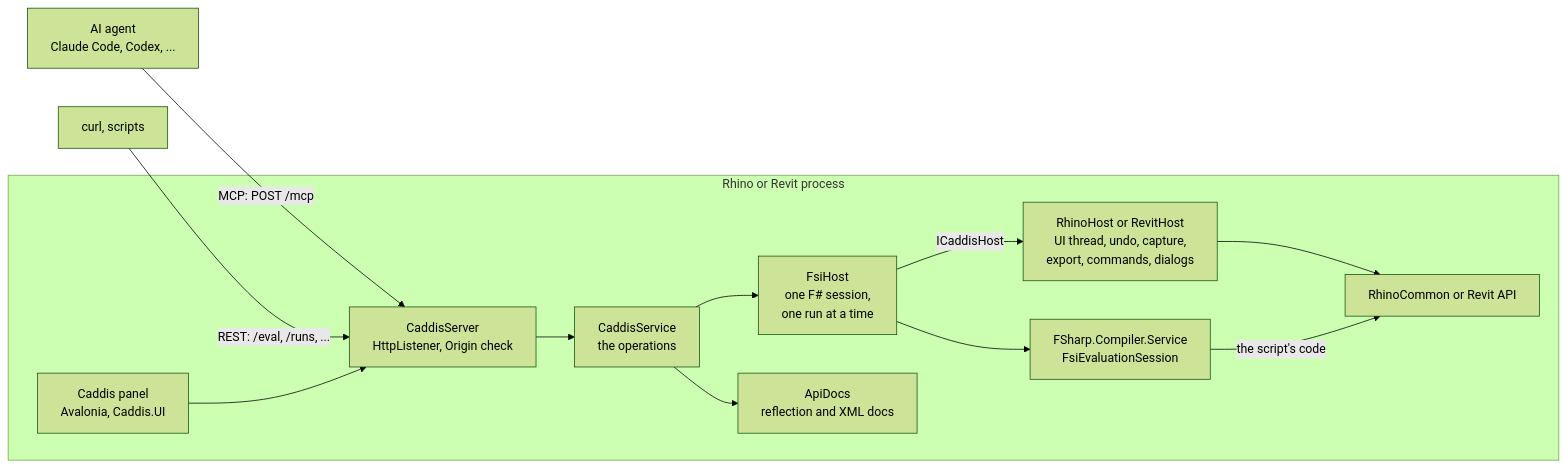
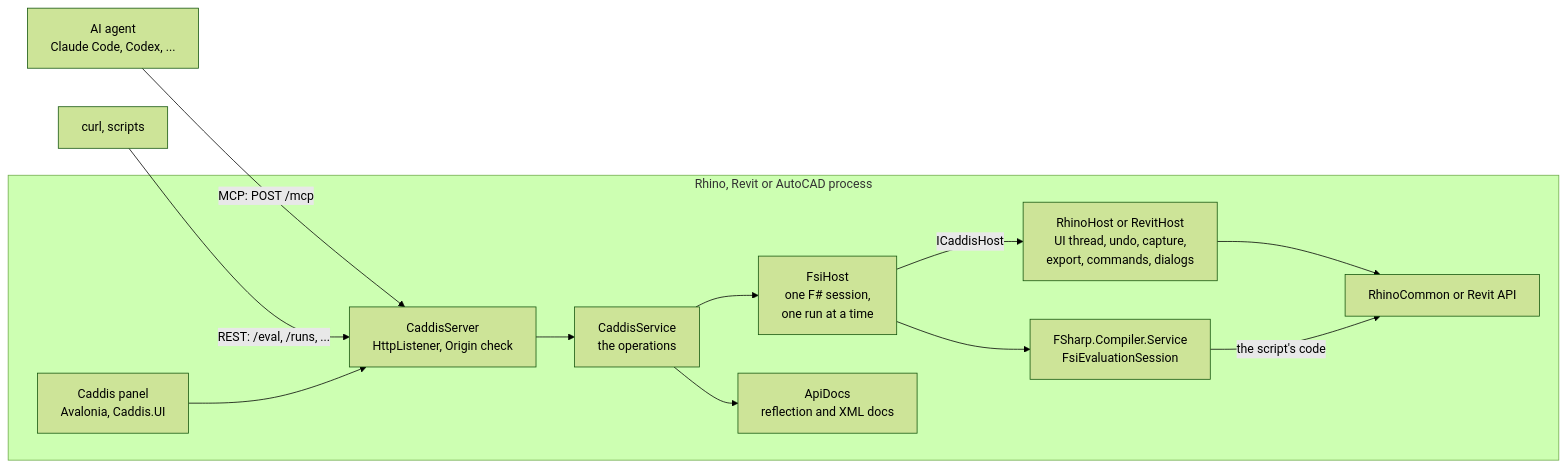
One commit to goswinr/Caddis changed the first of 3 diagrams in Architecture.md. Above: the diagram before and after it, drawn with Mermaid (forest theme). The commit also changed other lines of this file and 38 other files, not shown here.

First line of the commit message:
Show the panel and a ribbon tab in AutoCAD, and install Caddis for AutoCAD with its own installer

````diff
--- a/Architecture.md
+++ b/Architecture.md
@@ -40,15 +40,15 @@
 ```mermaid
 flowchart LR
     agent["AI agent<br/>Claude Code, Codex, ..."] -- "MCP: POST /mcp" --> server
     client["curl, scripts"] -- "REST: /eval, /runs, ..." --> server
-    subgraph app["Rhino or Revit process"]
+    subgraph app["Rhino, Revit or AutoCAD process"]
         server["CaddisServer<br/>HttpListener, Origin check"] --> service["CaddisService<br/>the operations"]
         service --> fsi["FsiHost<br/>one F# session,<br/>one run at a time"]
         service --> docs["ApiDocs<br/>reflection and XML docs"]
         fsi --> fcs["FSharp.Compiler.Service<br/>FsiEvaluationSession"]
         fsi -- "ICaddisHost" --> host["RhinoHost or RevitHost<br/>UI thread, undo, capture,<br/>export, commands, dialogs"]
         host --> api["RhinoCommon or Revit API"]
         fcs -- "the script's code" --> api
         panel["Caddis panel<br/>Avalonia, Caddis.UI"] --> server
     end
 ```
````
